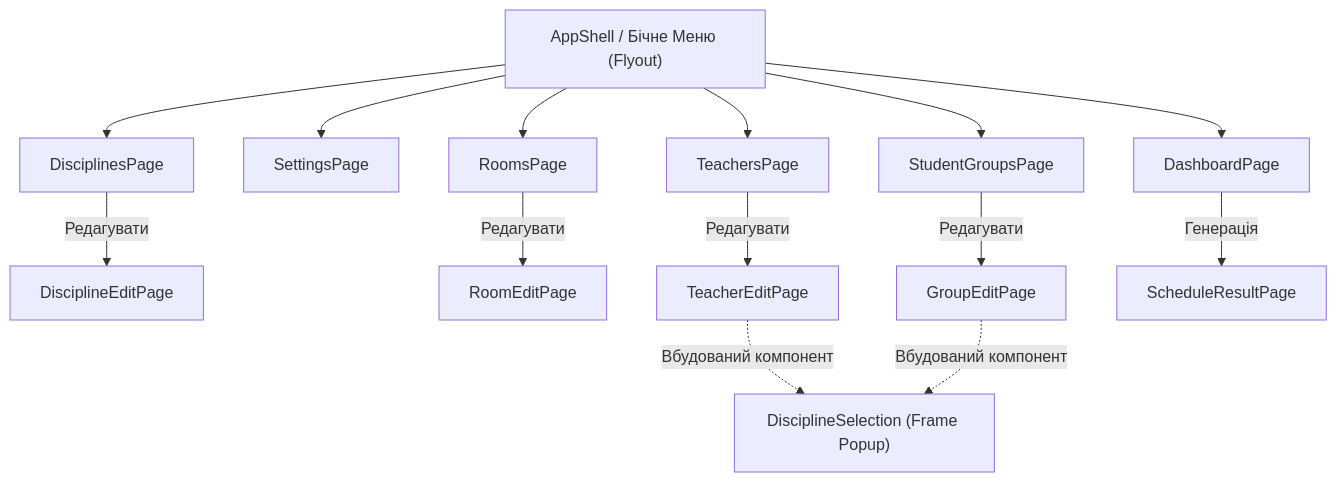
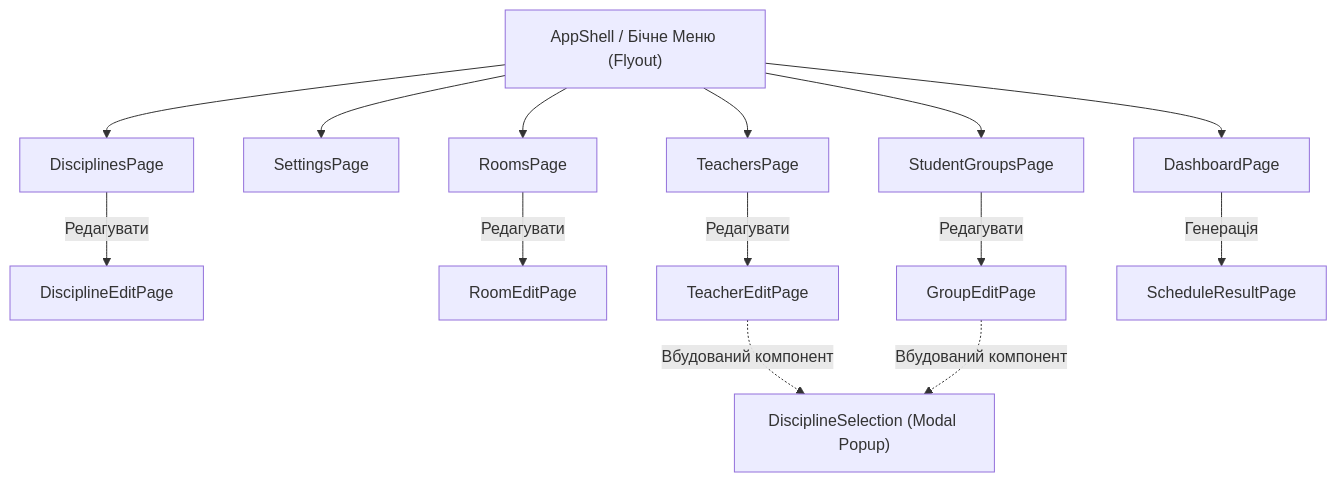
The fifth of 6 diagrams in README.md (WDYT32/Lab1MAUI), drawn with Mermaid before and after one commit. The commit also changed other lines of this file and 41 other files, not shown here.

````diff
--- a/README.md
+++ b/README.md
@@ -397,26 +397,26 @@
 ```mermaid
 flowchart TD
     %% Головне меню
     Shell["AppShell / Бічне Меню (Flyout)"]
 
     %% Основні сторінки (Пункти FlyoutItem)
     Shell --> Dashboard["DashboardPage"]
     Shell --> Settings["SettingsPage"]
     Shell --> Disciplines["DisciplinesPage"]
     Shell --> Rooms["RoomsPage"]
     Shell --> Teachers["TeachersPage"]
     Shell --> Groups["StudentGroupsPage"]
     
     %% Сторінки редагування (Push Navigation)
     Disciplines -- "Редагувати" --> DisciplineEdit["DisciplineEditPage"]
     Rooms -- "Редагувати" --> RoomEdit["RoomEditPage"]
     Teachers -- "Редагувати" --> TeacherEdit["TeacherEditPage"]
     Groups -- "Редагувати" --> GroupEdit["GroupEditPage"]
     
     %% Вбудований компонент вибору дисциплін
-    TeacherEdit -. "Вбудований компонент" .-> SelectionModal["DisciplineSelection (Frame Popup)"]
+    TeacherEdit -. "Вбудований компонент" .-> SelectionModal["DisciplineSelection (Modal Popup)"]
     GroupEdit -. "Вбудований компонент" .-> SelectionModal
     
     %% Логіка генерації
     Dashboard -- "Генерація" --> ScheduleResult["ScheduleResultPage"]
 ```
````
